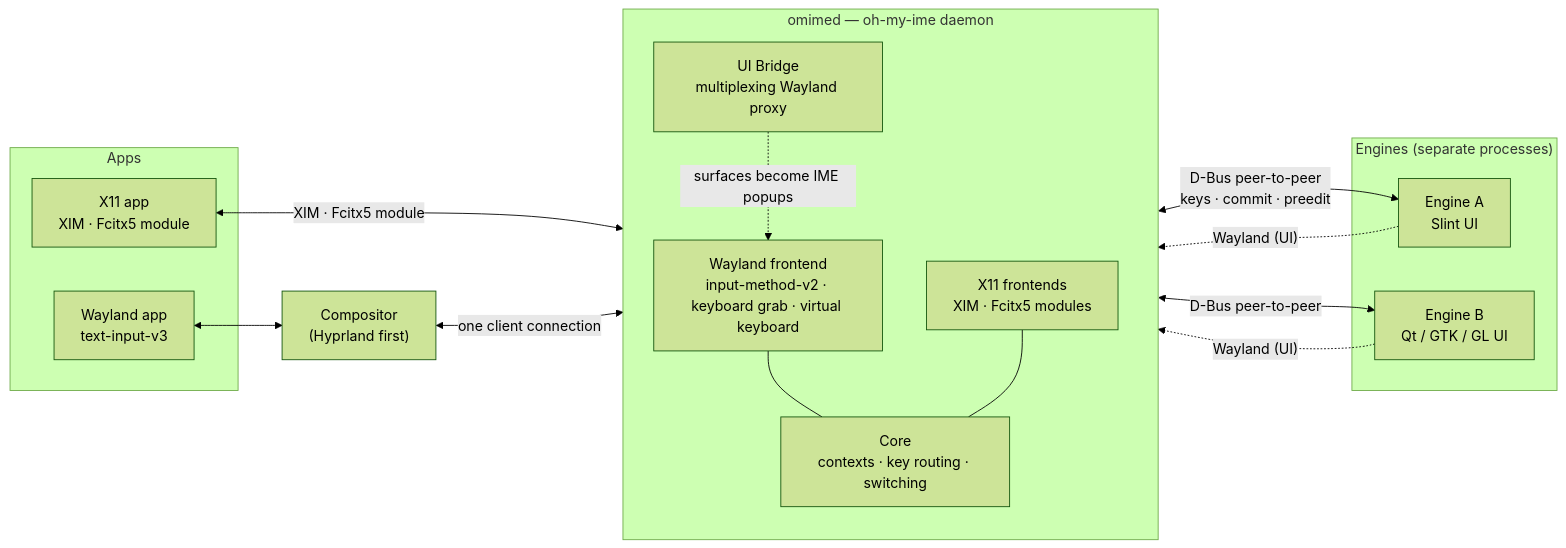
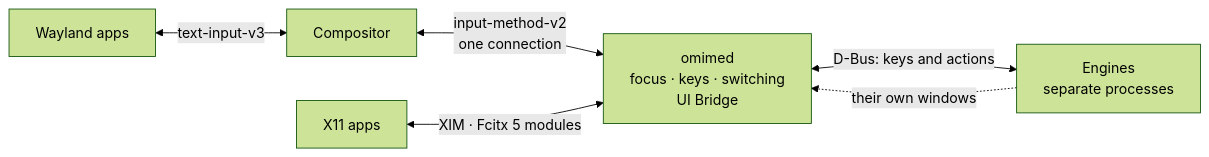
One commit to Ign1x/oh-my-ime changed the diagram in README.md. Above: the diagram before and after it, drawn with Mermaid (forest theme). The commit also changed other lines of this file and 1 other file, not shown here.

````diff
--- a/README.md
+++ b/README.md
@@ -65,29 +41,8 @@
 ```mermaid
 flowchart LR
-    subgraph Apps
-      A1["Wayland app<br/>text-input-v3"]
-      A2["X11 app<br/>XIM · Fcitx5 module"]
-    end
-    C["Compositor<br/>(Hyprland first)"]
-    subgraph D["omimed — oh-my-ime daemon"]
-      direction TB
-      W["Wayland frontend<br/>input-method-v2 · keyboard grab · virtual keyboard"]
-      X["X11 frontends<br/>XIM · Fcitx5 modules"]
-      R["Core<br/>contexts · key routing · switching"]
-      B["UI Bridge<br/>multiplexing Wayland proxy"]
-    end
-    subgraph E["Engines (separate processes)"]
-      E1["Engine A<br/>Slint UI"]
-      E2["Engine B<br/>Qt / GTK / GL UI"]
-    end
-    A1 <--> C
-    A2 <-->|"XIM · Fcitx5 module"| X
-    C <-->|"one client connection"| W
-    W --- R
-    X --- R
-    R <-->|"D-Bus peer-to-peer<br/>keys · commit · preedit"| E1
-    R <-->|"D-Bus peer-to-peer"| E2
-    E1 -.->|"Wayland (UI)"| B
-    E2 -.->|"Wayland (UI)"| B
-    B -.->|"surfaces become IME popups"| W
+    W["Wayland apps"] <-->|"text-input-v3"| C["Compositor"]
+    C <-->|"input-method-v2<br/>one connection"| D["omimed<br/>focus · keys · switching<br/>UI Bridge"]
+    X["X11 apps"] <-->|"XIM · Fcitx 5 modules"| D
+    D <-->|"D-Bus: keys and actions"| E["Engines<br/>separate processes"]
+    E -.->|"their own windows"| D
 ```
````
